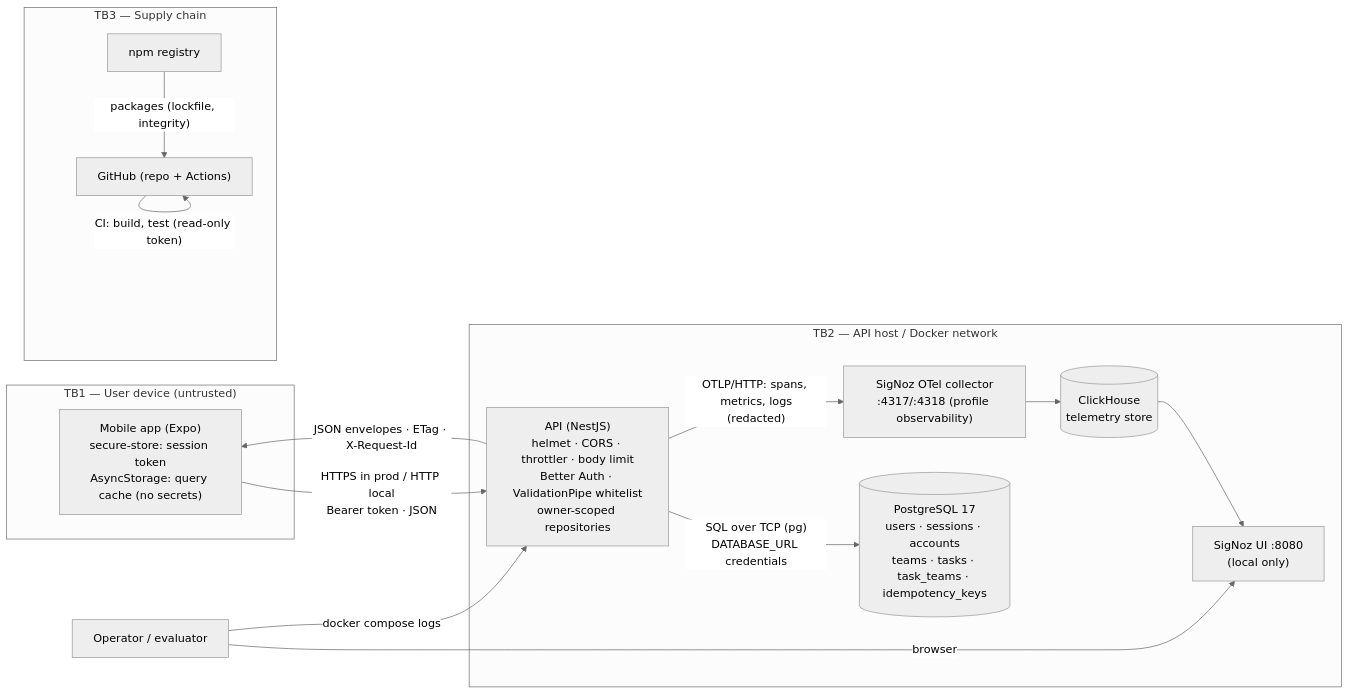
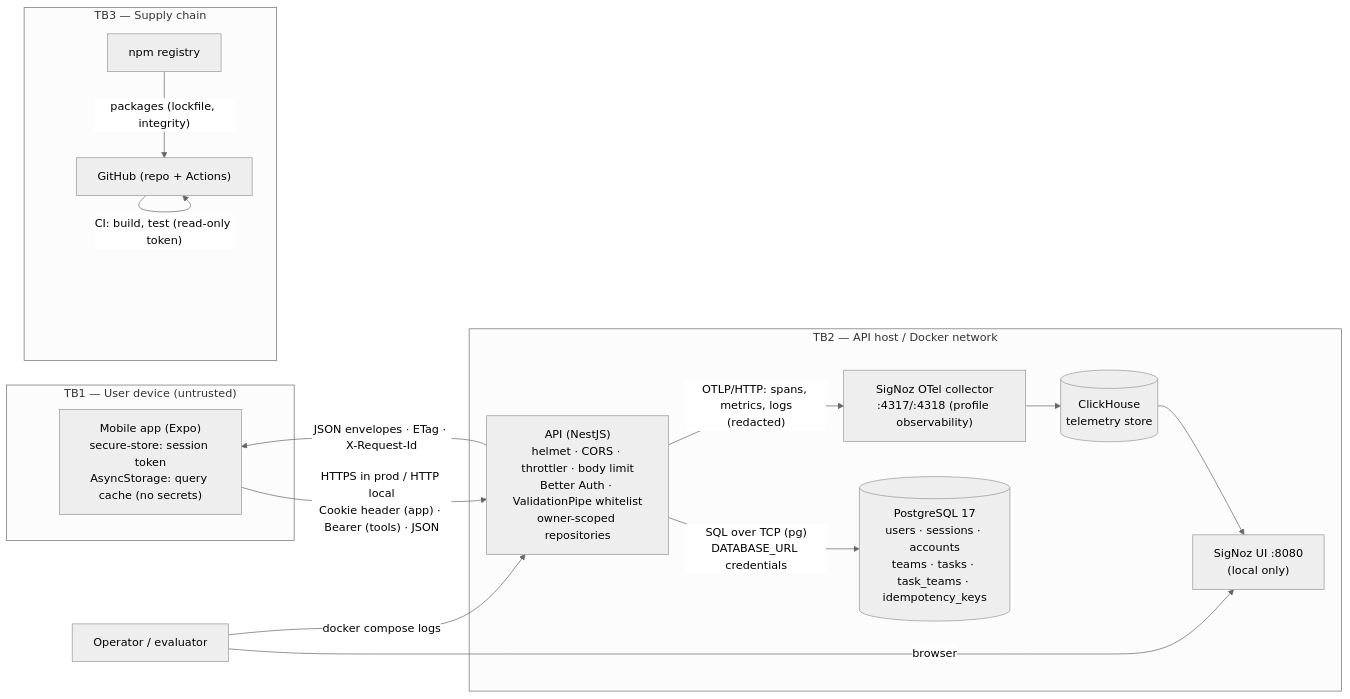
Before and after one commit to rodriguesdenis/hitss: the diagram in docs/security/threat-model.md, drawn with Mermaid (neutral theme). The commit also changed other lines of this file, not shown here.

````diff
--- a/docs/security/threat-model.md
+++ b/docs/security/threat-model.md
@@ -38,28 +38,28 @@
 ```mermaid
 flowchart LR
   subgraph TB1["TB1 — User device (untrusted)"]
     App["Mobile app (Expo)<br/>secure-store: session token<br/>AsyncStorage: query cache (no secrets)"]
   end
   subgraph TB2["TB2 — API host / Docker network"]
     API["API (NestJS)<br/>helmet · CORS · throttler · body limit<br/>Better Auth · ValidationPipe whitelist<br/>owner-scoped repositories"]
     DB[("PostgreSQL 17<br/>users · sessions · accounts<br/>teams · tasks · task_teams · idempotency_keys")]
     COL["SigNoz OTel collector<br/>:4317/:4318 (profile observability)"]
     UI["SigNoz UI :8080<br/>(local only)"]
     CH[("ClickHouse<br/>telemetry store")]
   end
   subgraph TB3["TB3 — Supply chain"]
     REG["npm registry"]
     GH["GitHub (repo + Actions)"]
   end
   Op["Operator / evaluator"]
 
-  App -- "HTTPS in prod / HTTP local<br/>Bearer token · JSON" --> API
+  App -- "HTTPS in prod / HTTP local<br/>Cookie header (app) · Bearer (tools) · JSON" --> API
   API -- "JSON envelopes · ETag · X-Request-Id" --> App
   API -- "SQL over TCP (pg)<br/>DATABASE_URL credentials" --> DB
   API -- "OTLP/HTTP: spans, metrics, logs<br/>(redacted)" --> COL
   COL --> CH --> UI
   Op -- "browser" --> UI
   Op -- "docker compose logs" --> API
   REG -- "packages (lockfile, integrity)" --> GH
   GH -- "CI: build, test (read-only token)" --> GH
 ```
````
